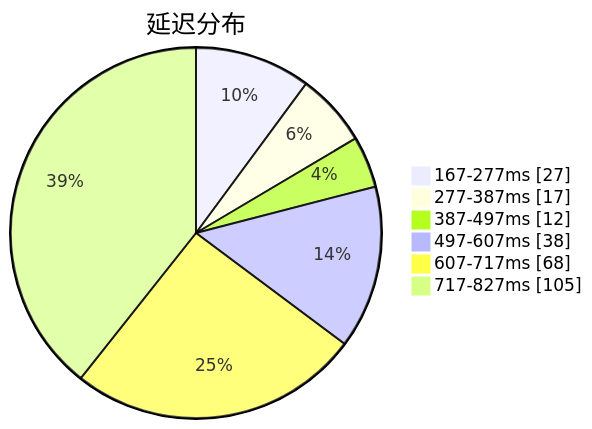
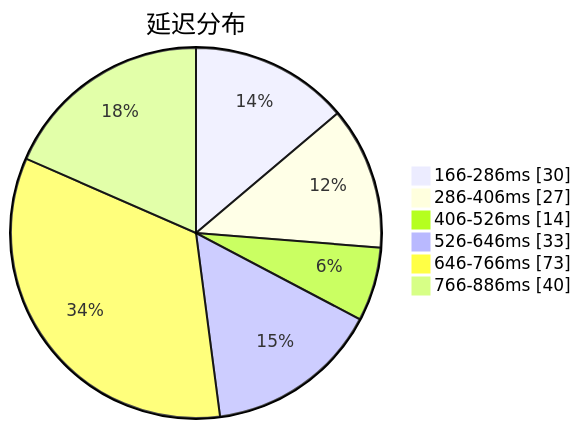
Before and after one commit to qjlxg/airport: the first of 3 diagrams in subs/statistics/tested_within.md, drawn with Mermaid. The commit also changed other lines of this file and 2 other files, not shown here.

Commit message:
Tested by metaST

````diff
--- a/subs/statistics/tested_within.md
+++ b/subs/statistics/tested_within.md
@@ -2,10 +2,10 @@
 ```mermaid
 pie showData
 title 延迟分布
-"167-277ms" : 27
-"277-387ms" : 17
-"387-497ms" : 12
-"497-607ms" : 38
-"607-717ms" : 68
-"717-827ms" : 105
+"166-286ms" : 30
+"286-406ms" : 27
+"406-526ms" : 14
+"526-646ms" : 33
+"646-766ms" : 73
+"766-886ms" : 40
 ```
````
